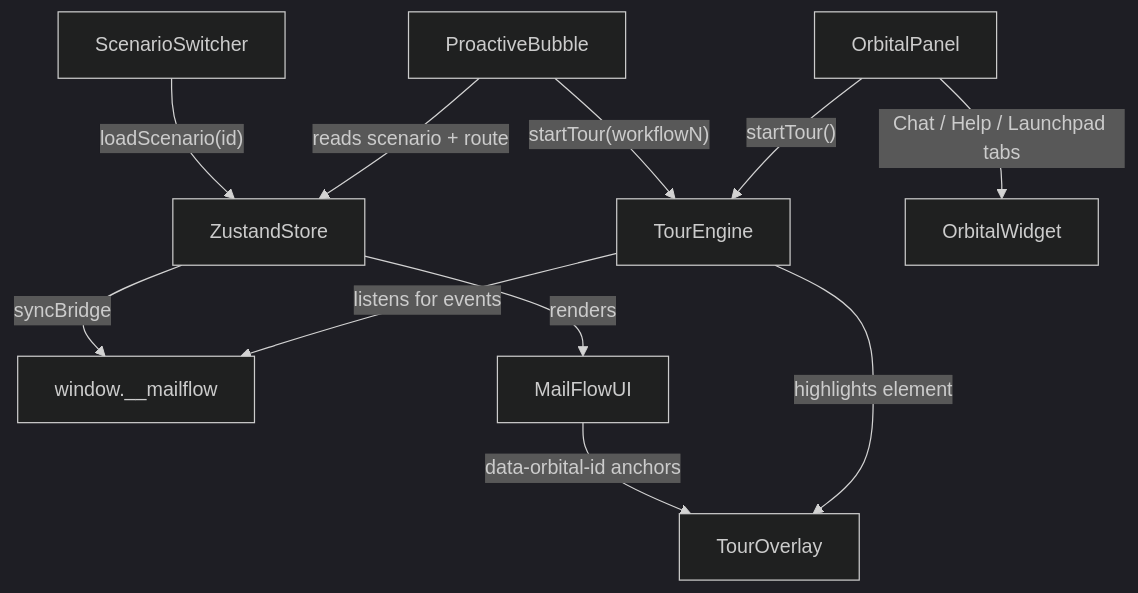
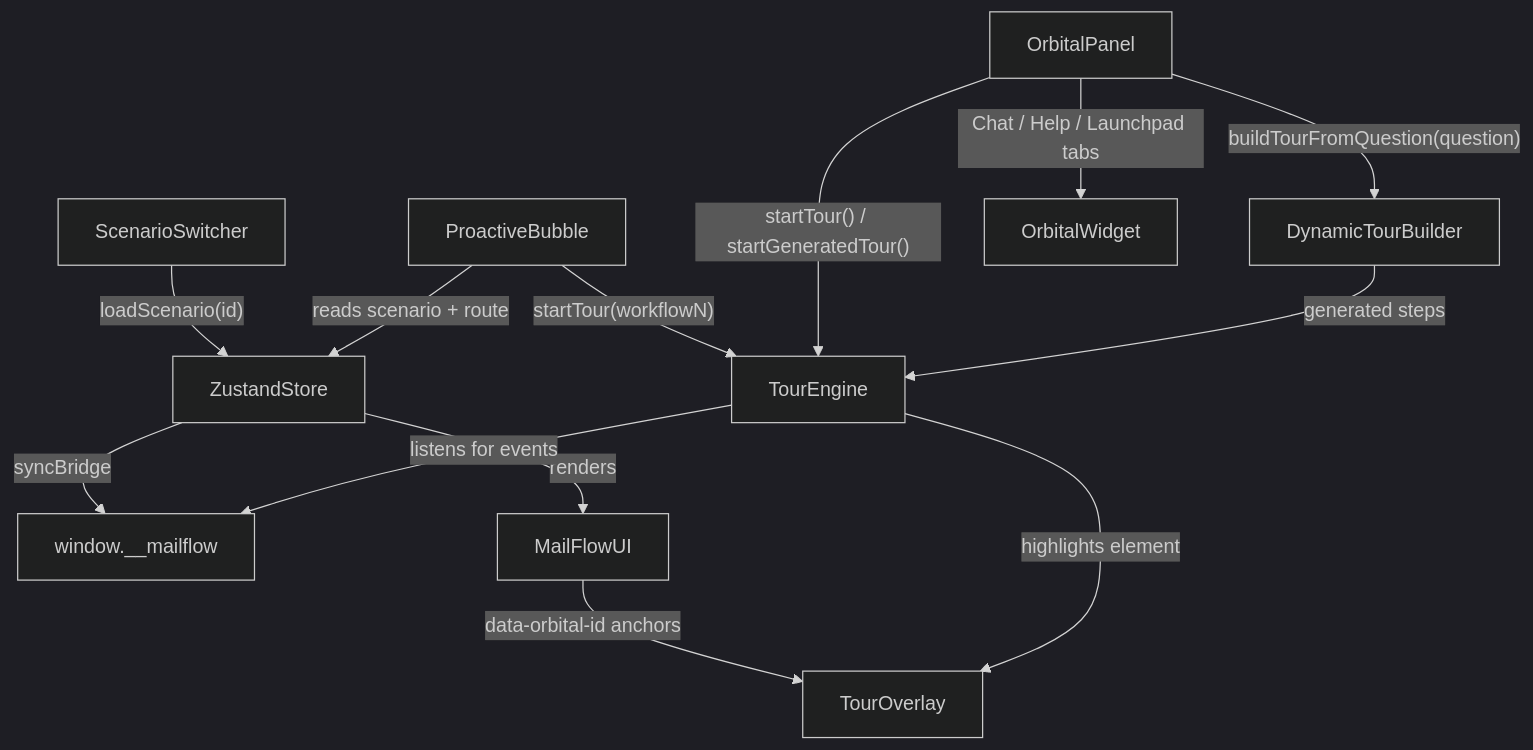
One commit to sumeetha/orbital.ai changed the diagram in orbital-demo-plan.md. Above: the diagram before and after it, drawn with Mermaid (dark theme). The commit also changed other lines of this file and 44 other files, not shown here.

````diff
--- a/orbital-demo-plan.md
+++ b/orbital-demo-plan.md
@@ -144,13 +170,15 @@
 ```mermaid
 flowchart TD
     ScenarioSwitcher -->|"loadScenario(id)"| ZustandStore
     ZustandStore -->|syncBridge| WindowBridge["window.__mailflow"]
     ZustandStore -->|renders| MailFlowUI
     MailFlowUI -->|"data-orbital-id anchors"| TourOverlay
     ProactiveBubble -->|"reads scenario + route"| ZustandStore
     ProactiveBubble -->|"startTour(workflowN)"| TourEngine
     TourEngine -->|"highlights element"| TourOverlay
     TourEngine -->|"listens for events"| WindowBridge
-    OrbitalPanel -->|"startTour()"| TourEngine
+    OrbitalPanel -->|"startTour() / startGeneratedTour()"| TourEngine
+    OrbitalPanel -->|"buildTourFromQuestion(question)"| DynamicTourBuilder
+    DynamicTourBuilder -->|"generated steps"| TourEngine
     OrbitalPanel -->|"Chat / Help / Launchpad tabs"| OrbitalWidget
 ```
````
